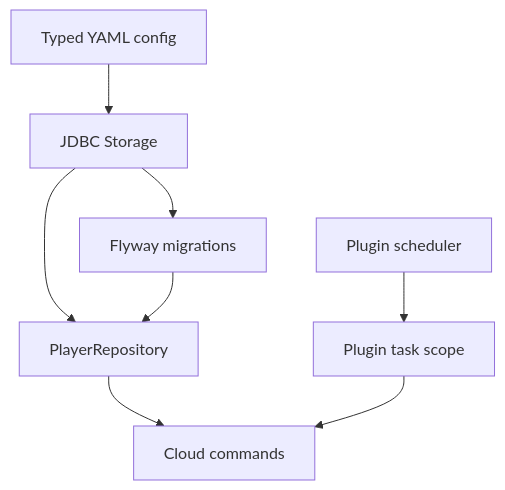
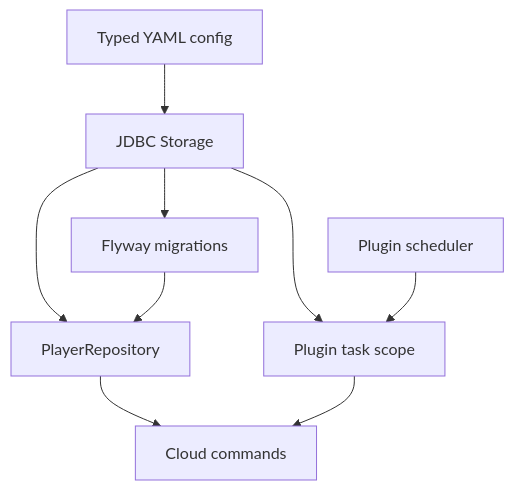
The diagram in examples/bukkit-storage-example/README.md (TrickShotMLG02/MinecraftDevKit), drawn with Mermaid before and after one commit. The commit also changed other lines of this file and 1 other file, not shown here.

Commit message:
fix(examples): preserve storage for task callbacks

````diff
--- a/examples/bukkit-storage-example/README.md
+++ b/examples/bukkit-storage-example/README.md
@@ -23,10 +23,11 @@
 ```mermaid
 flowchart TD
     Config[Typed YAML config] --> Storage[JDBC Storage]
     Storage --> Migrations[Flyway migrations]
     Storage --> Repository[PlayerRepository]
+    Storage --> TaskScope[Plugin task scope]
     Migrations --> Repository
     BukkitScheduler[Plugin scheduler] --> TaskScope[Plugin task scope]
     Repository --> Commands[Cloud commands]
     TaskScope --> Commands
 ```
````
